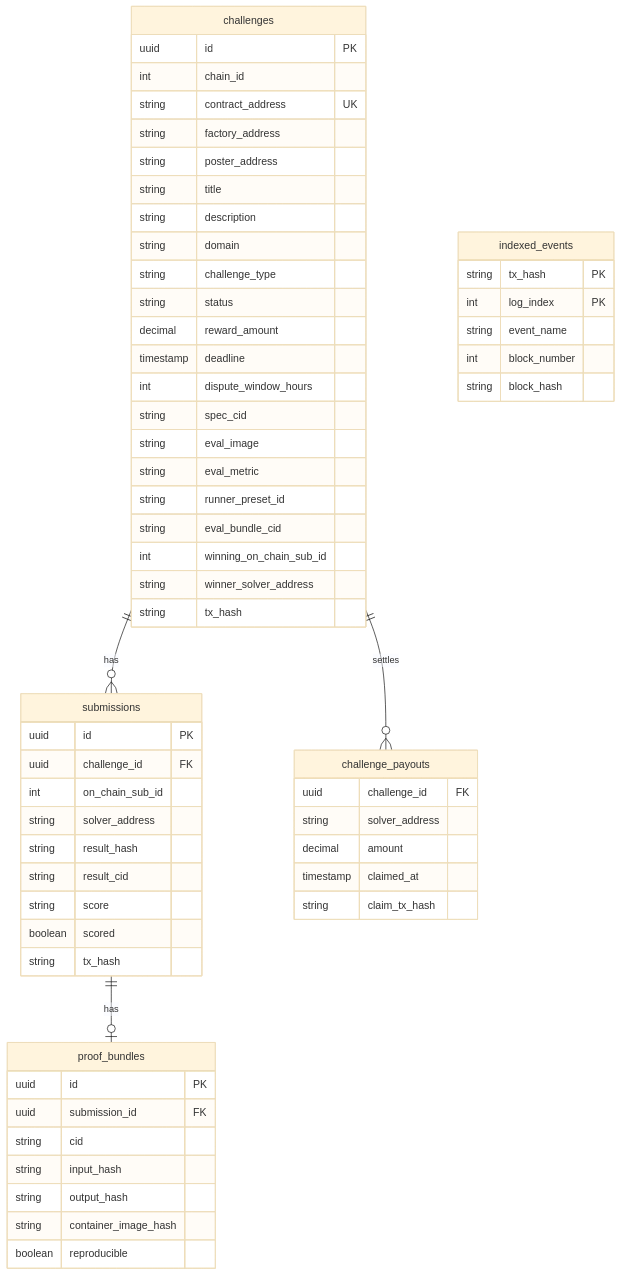
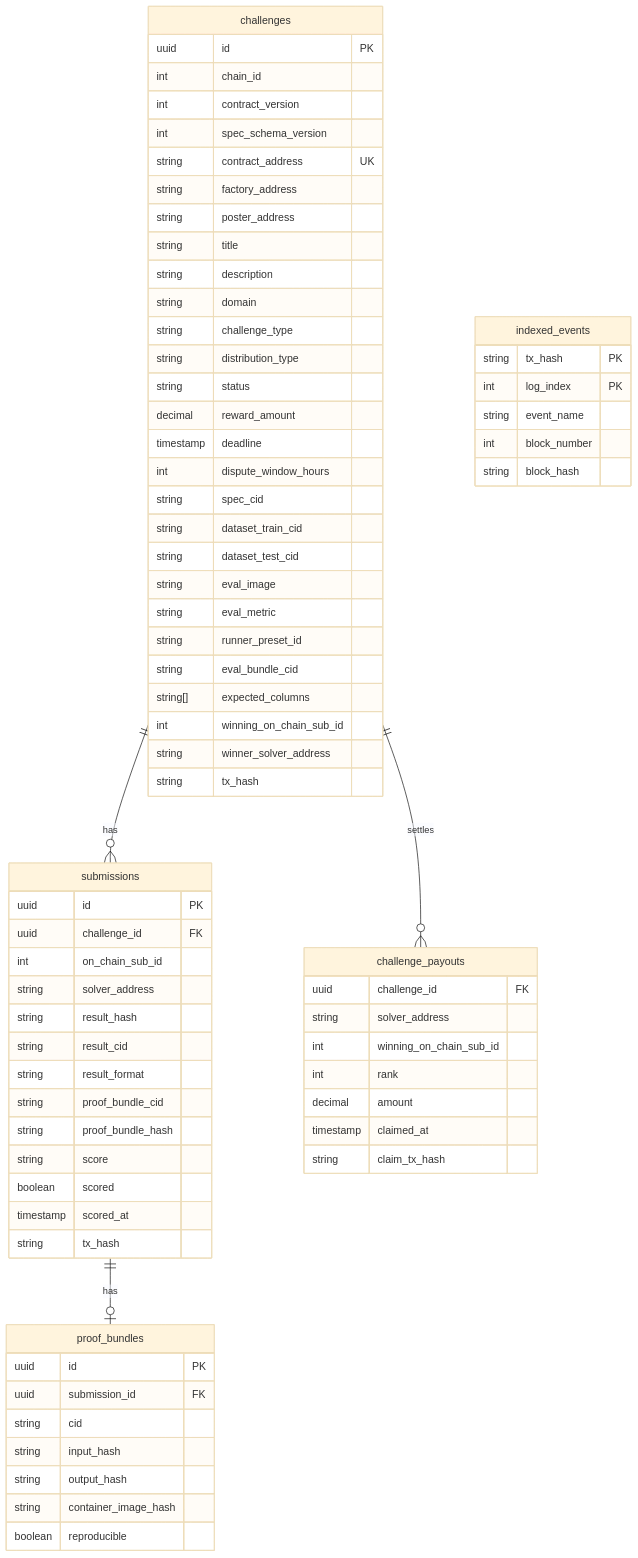
Diagram 12 of 15 in docs/architecture.md (andymolecule/Hermes), drawn with Mermaid (base theme) before and after one commit. The commit also changed other lines of this file and 17 other files, not shown here.

````diff
--- a/docs/architecture.md
+++ b/docs/architecture.md
@@ -473,68 +509,80 @@
 ```mermaid
 erDiagram
     challenges {
         uuid id PK
         int chain_id
+        int contract_version
+        int spec_schema_version
         string contract_address UK
         string factory_address
         string poster_address
         string title
         string description
         string domain
         string challenge_type
+        string distribution_type
         string status
         decimal reward_amount
         timestamp deadline
         int dispute_window_hours
         string spec_cid
+        string dataset_train_cid
+        string dataset_test_cid
         string eval_image
         string eval_metric
         string runner_preset_id
         string eval_bundle_cid
+        string[] expected_columns
         int winning_on_chain_sub_id
         string winner_solver_address
         string tx_hash
     }
 
     submissions {
         uuid id PK
         uuid challenge_id FK
         int on_chain_sub_id
         string solver_address
         string result_hash
         string result_cid
+        string result_format
+        string proof_bundle_cid
+        string proof_bundle_hash
         string score
         boolean scored
+        timestamp scored_at
         string tx_hash
     }
 
     proof_bundles {
         uuid id PK
         uuid submission_id FK
         string cid
         string input_hash
         string output_hash
         string container_image_hash
         boolean reproducible
     }
 
     challenge_payouts {
         uuid challenge_id FK
         string solver_address
+        int winning_on_chain_sub_id
+        int rank
         decimal amount
         timestamp claimed_at
         string claim_tx_hash
     }
 
     indexed_events {
         string tx_hash PK
         int log_index PK
         string event_name
         int block_number
         string block_hash
     }
 
     challenges ||--o{ submissions : has
     submissions ||--o| proof_bundles : has
     challenges ||--o{ challenge_payouts : settles
 ```
````
